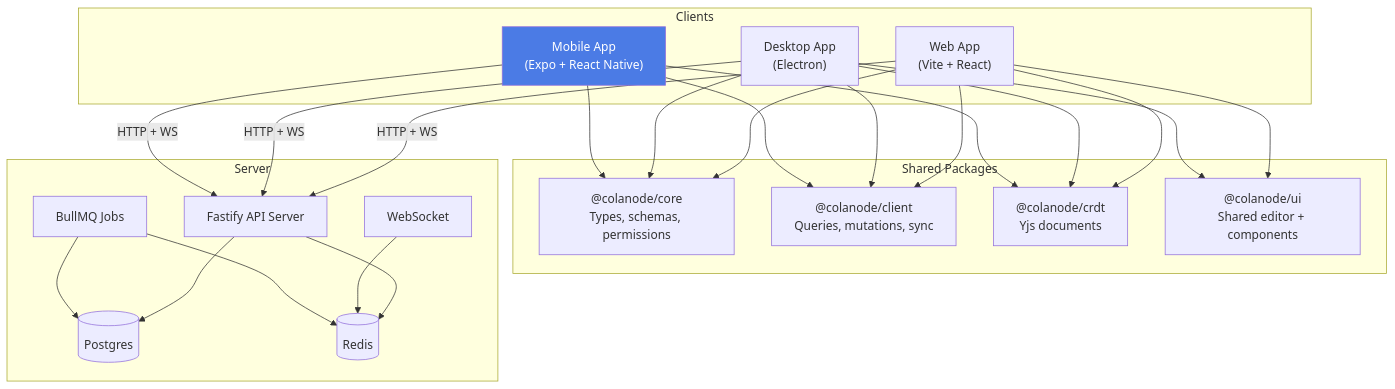
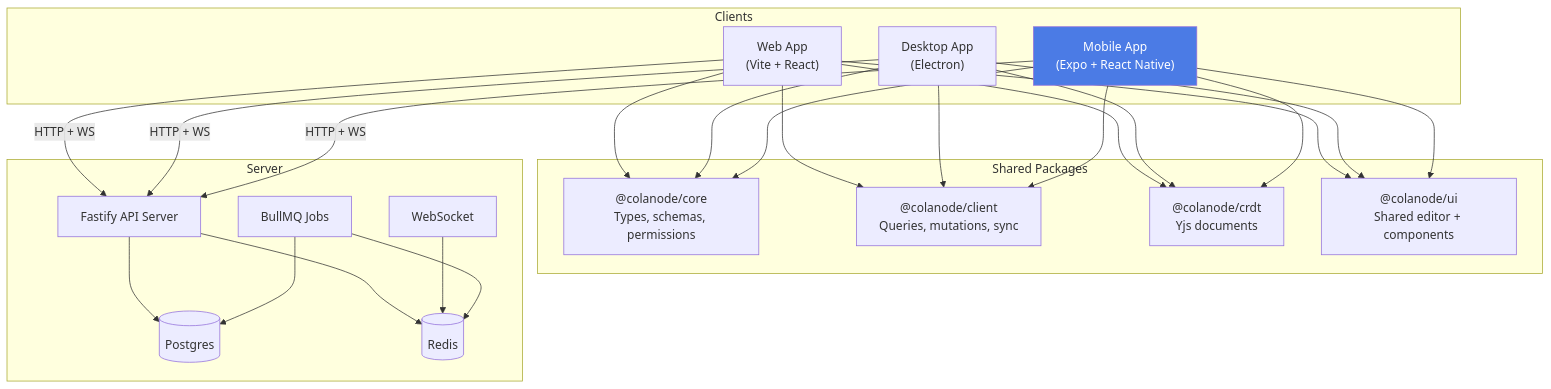
One commit to colanode/colanode changed the first of 3 diagrams in apps/mobile/README.md. Above: the diagram before and after it, drawn with Mermaid. The commit also changed other lines of this file and 14 other files, not shown here.

````diff
--- a/apps/mobile/README.md
+++ b/apps/mobile/README.md
@@ -19,37 +19,37 @@
 ```mermaid
 graph TB
     subgraph Clients
         Web["Web App<br/>(Vite + React)"]
         Desktop["Desktop App<br/>(Electron)"]
         Mobile["Mobile App<br/>(Expo + React Native)"]
     end
 
     subgraph "Shared Packages"
         Core["@colanode/core<br/>Types, schemas, permissions"]
         Client["@colanode/client<br/>Queries, mutations, sync"]
         CRDT["@colanode/crdt<br/>Yjs documents"]
         UI["@colanode/ui<br/>Shared editor + components"]
     end
 
     subgraph Server
         API["Fastify API Server"]
         WS["WebSocket"]
         Postgres[(Postgres)]
         Redis[(Redis)]
         Jobs["BullMQ Jobs"]
     end
 
     Web --> Core & Client & CRDT & UI
     Desktop --> Core & Client & CRDT & UI
-    Mobile --> Core & Client & CRDT
+    Mobile --> Core & Client & CRDT & UI
 
     Web -- "HTTP + WS" --> API
     Desktop -- "HTTP + WS" --> API
     Mobile -- "HTTP + WS" --> API
 
     API --> Postgres & Redis
     WS --> Redis
     Jobs --> Postgres & Redis
 
     style Mobile fill:#4B7BE5,color:#fff
 ```
````
